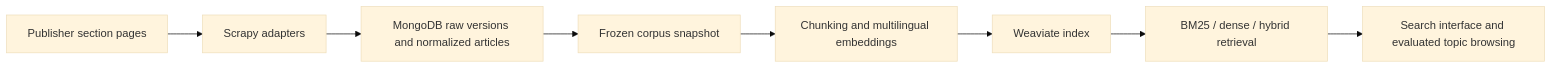
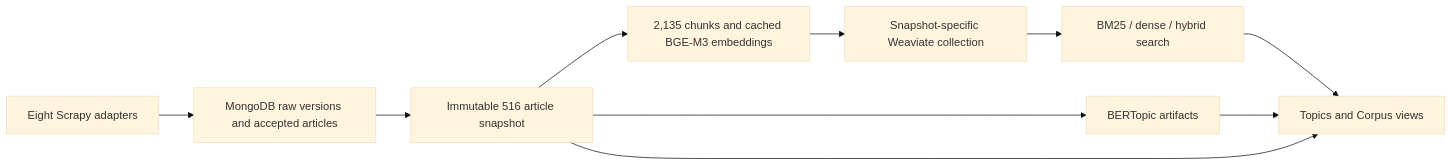
Before and after one commit to Moniya03/News-intelligence-platform: the diagram in docs/architecture.md, drawn with Mermaid (base theme). The commit also changed other lines of this file and 11 other files, not shown here.

````diff
--- a/docs/architecture.md
+++ b/docs/architecture.md
@@ -5,10 +5,12 @@
 ```mermaid
 flowchart LR
-  S[Publisher section pages] --> C[Scrapy adapters]
-  C --> R[MongoDB raw versions and normalized articles]
-  R --> F[Frozen corpus snapshot]
-  F --> P[Chunking and multilingual embeddings]
-  P --> W[Weaviate index]
-  W --> A[BM25 / dense / hybrid retrieval]
-  A --> U[Search interface and evaluated topic browsing]
+  S[Eight Scrapy adapters] --> R[MongoDB raw versions and accepted articles]
+  R --> F[Immutable 516 article snapshot]
+  F --> P[2,135 chunks and cached BGE-M3 embeddings]
+  P --> W[Snapshot-specific Weaviate collection]
+  W --> A[BM25 / dense / hybrid search]
+  F --> T[BERTopic artifacts]
+  A --> U[Search interface]
+  T --> U
+  F --> U[Topics and Corpus views]
 ```
````
